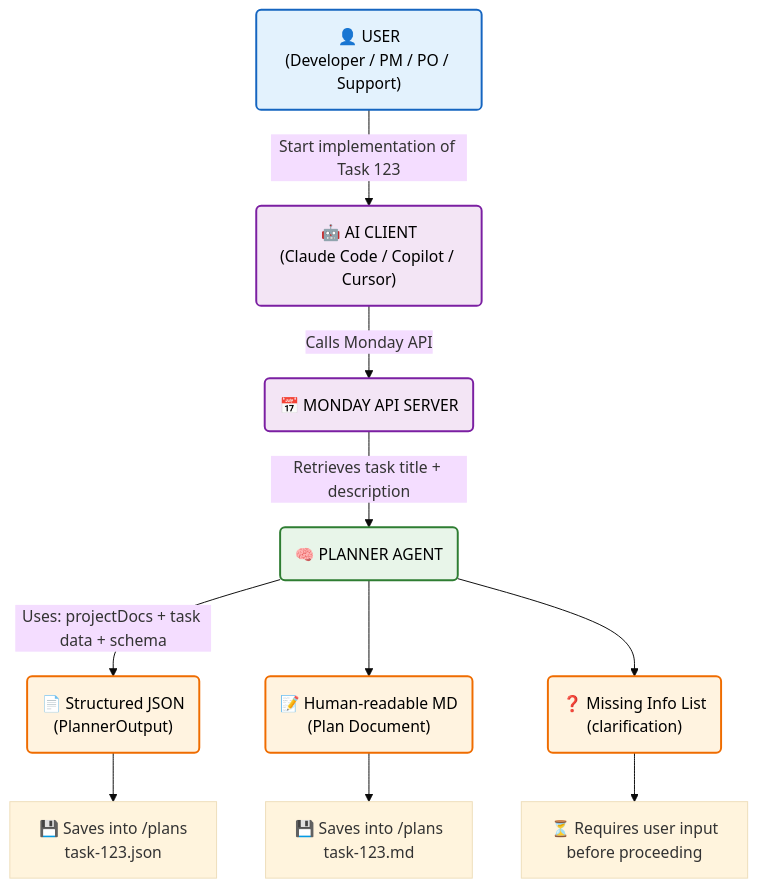
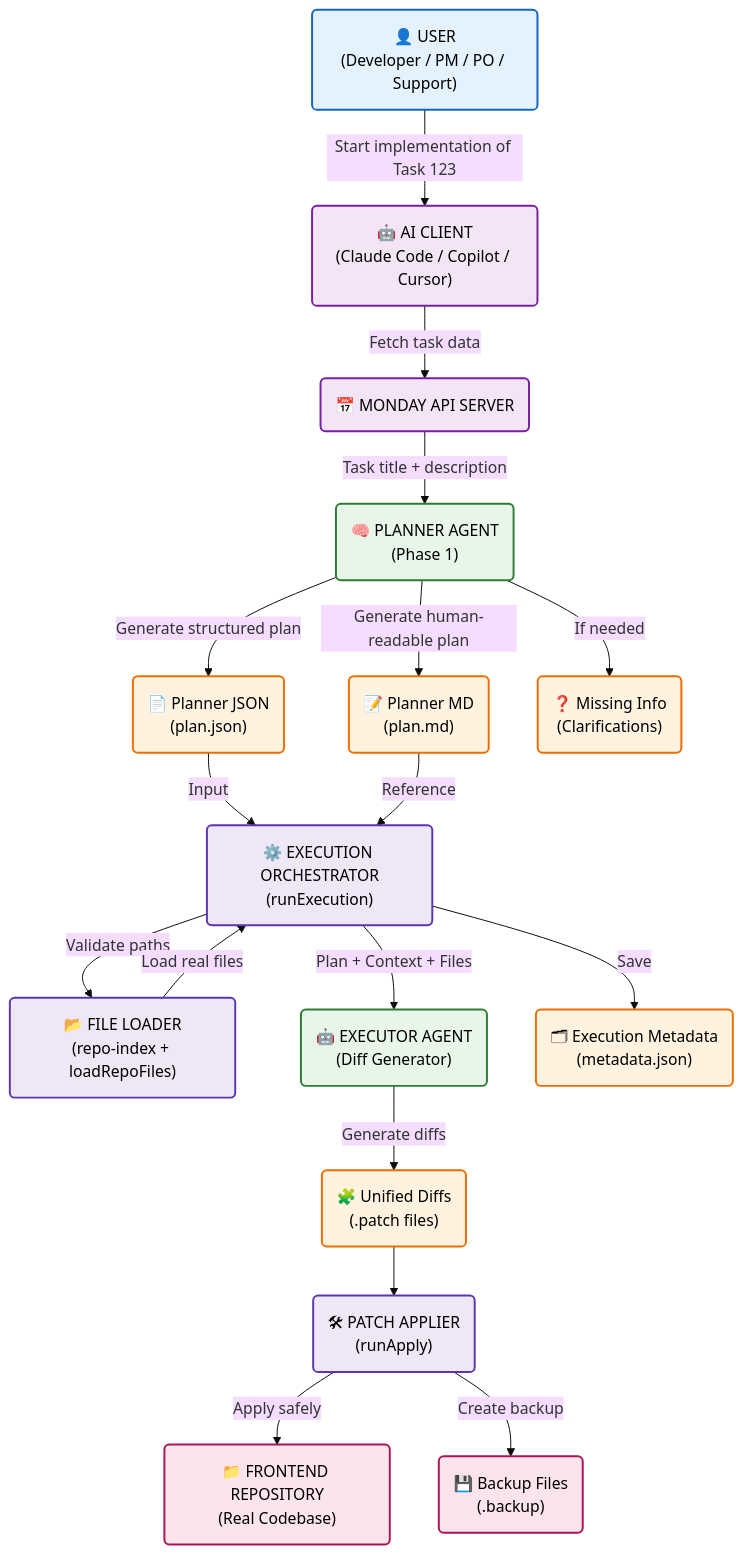
The third of 3 diagrams in README.md (GabrielGomesBarbosa/mat-ai-agent), drawn with Mermaid (base theme) before and after one commit. The commit also changed other lines of this file and 2 other files, not shown here.

Commit message:
feat: Implement core executor agent and orchestration, add new utilities and types, and refactor project documentation.

````diff
--- a/README.md
+++ b/README.md
@@ -166,39 +312,78 @@
 ```mermaid
 flowchart TD
-    %% Nodes
+    %% ======================
+    %% ACTORS
+    %% ======================
     User("👤 USER<br/>(Developer / PM / PO / Support)")
     AIClient("🤖 AI CLIENT<br/>(Claude Code / Copilot / Cursor)")
     MondayAPI("📅 MONDAY API SERVER")
-    PlannerAgent("🧠 PLANNER AGENT")
+
+    %% ======================
+    %% PHASE 1 — PLANNER
+    %% ======================
+    PlannerAgent("🧠 PLANNER AGENT<br/>(Phase 1)")
     
-    %% Connections
+    JSON("📄 Planner JSON<br/>(plan.json)")
+    MD("📝 Planner MD<br/>(plan.md)")
+    Missing("❓ Missing Info<br/>(Clarifications)")
+
+    %% ======================
+    %% PHASE 2 — EXECUTOR
+    %% ======================
+    ExecutionOrchestrator("⚙️ EXECUTION ORCHESTRATOR<br/>(runExecution)")
+    FileLoader("📂 FILE LOADER<br/>(repo-index + loadRepoFiles)")
+    ExecutorAgent("🤖 EXECUTOR AGENT<br/>(Diff Generator)")
+    
+    Diffs("🧩 Unified Diffs<br/>(.patch files)")
+    Metadata("🗂 Execution Metadata<br/>(metadata.json)")
+
+    %% ======================
+    %% PHASE 2.5 — APPLY
+    %% ======================
+    ApplyPatches("🛠 PATCH APPLIER<br/>(runApply)")
+    Repo("📁 FRONTEND REPOSITORY<br/>(Real Codebase)")
+    Backup("💾 Backup Files<br/>(.backup)")
+
+    %% ======================
+    %% FLOW
+    %% ======================
     User -->|"Start implementation of Task 123"| AIClient
-    AIClient -->|"Calls Monday API"| MondayAPI
-    MondayAPI -->|"Retrieves task title + description"| PlannerAgent
-    
-    %% Branching
-    PlannerAgent -- "Uses: projectDocs + task data + schema" --> JSON
-    PlannerAgent --> MD
-    PlannerAgent --> Missing
-    
-    %% Outputs
-    JSON("📄 Structured JSON<br/>(PlannerOutput)")
-    MD("📝 Human-readable MD<br/>(Plan Document)")
-    Missing("❓ Missing Info List<br/>(clarification)")
-    
-    %% Final Actions
-    JSON --> SaveJSON["💾 Saves into /plans<br/>task-123.json"]
-    MD --> SaveMD["💾 Saves into /plans<br/>task-123.md"]
-    Missing --> Input["⏳ Requires user input<br/>before proceeding"]
+    AIClient -->|"Fetch task data"| MondayAPI
+    MondayAPI -->|"Task title + description"| PlannerAgent
 
-    %% Styling
+    PlannerAgent -->|"Generate structured plan"| JSON
+    PlannerAgent -->|"Generate human-readable plan"| MD
+    PlannerAgent -->|"If needed"| Missing
+
+    JSON -->|"Input"| ExecutionOrchestrator
+    MD -->|"Reference"| ExecutionOrchestrator
+
+    ExecutionOrchestrator -->|"Validate paths"| FileLoader
+    FileLoader -->|"Load real files"| ExecutionOrchestrator
+
+    ExecutionOrchestrator -->|"Plan + Context + Files"| ExecutorAgent
+    ExecutorAgent -->|"Generate diffs"| Diffs
+
+    ExecutionOrchestrator -->|"Save"| Metadata
+
+    Diffs --> ApplyPatches
+    ApplyPatches -->|"Apply safely"| Repo
+    ApplyPatches -->|"Create backup"| Backup
+
+    %% ======================
+    %% STYLING
+    %% ======================
     classDef user fill:#e3f2fd,stroke:#1565c0,stroke-width:2px,color:#000
     classDef system fill:#f3e5f5,stroke:#7b1fa2,stroke-width:2px,color:#000
     classDef agent fill:#e8f5e9,stroke:#2e7d32,stroke-width:2px,color:#000
     classDef output fill:#fff3e0,stroke:#ef6c00,stroke-width:2px,color:#000
+    classDef execution fill:#ede7f6,stroke:#5e35b1,stroke-width:2px,color:#000
+    classDef repo fill:#fce4ec,stroke:#ad1457,stroke-width:2px,color:#000
 
     class User user
     class AIClient,MondayAPI system
-    class PlannerAgent agent
-    class JSON,MD,Missing output
+    class PlannerAgent,ExecutorAgent agent
+    class JSON,MD,Missing,Diffs,Metadata output
+    class ExecutionOrchestrator,FileLoader,ApplyPatches execution
+    class Repo,Backup repo
 ```
````
